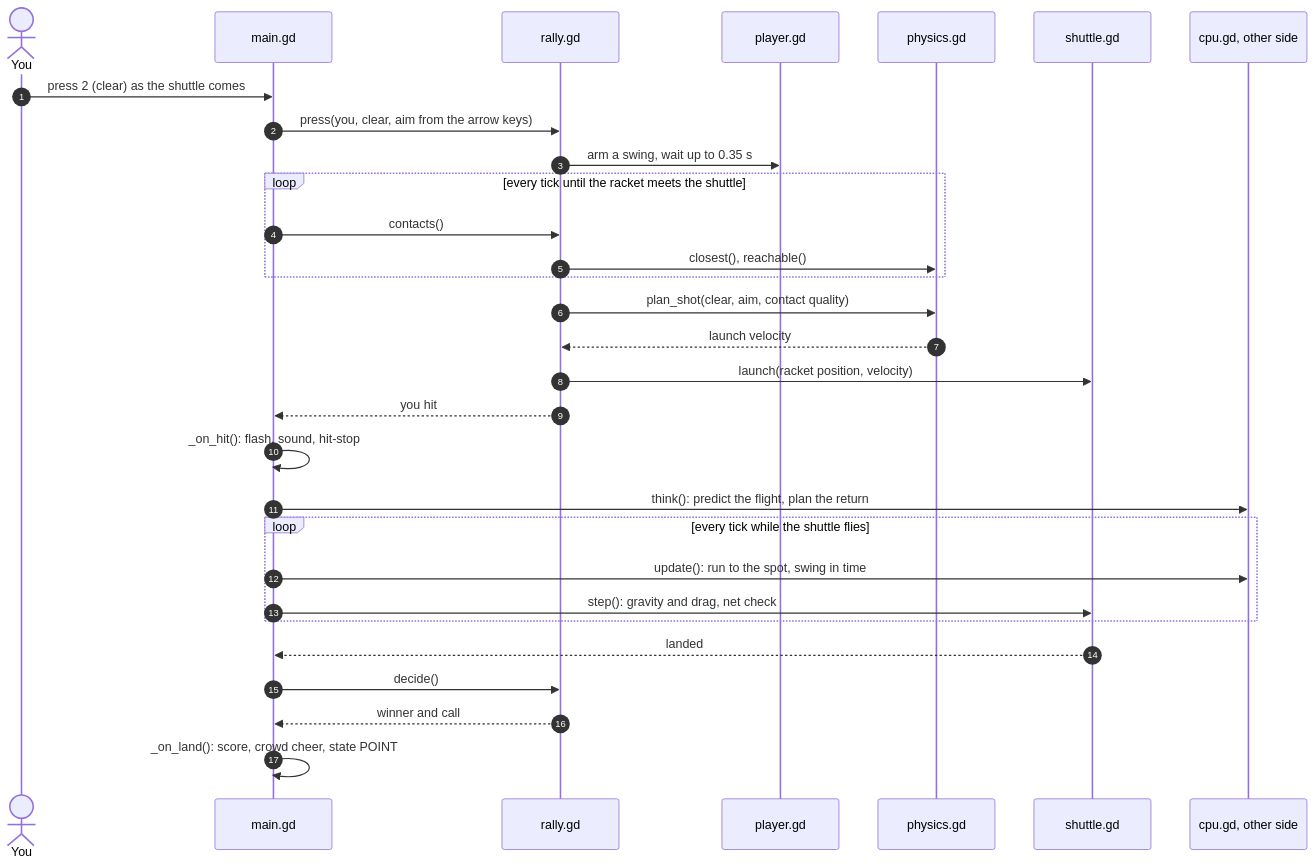
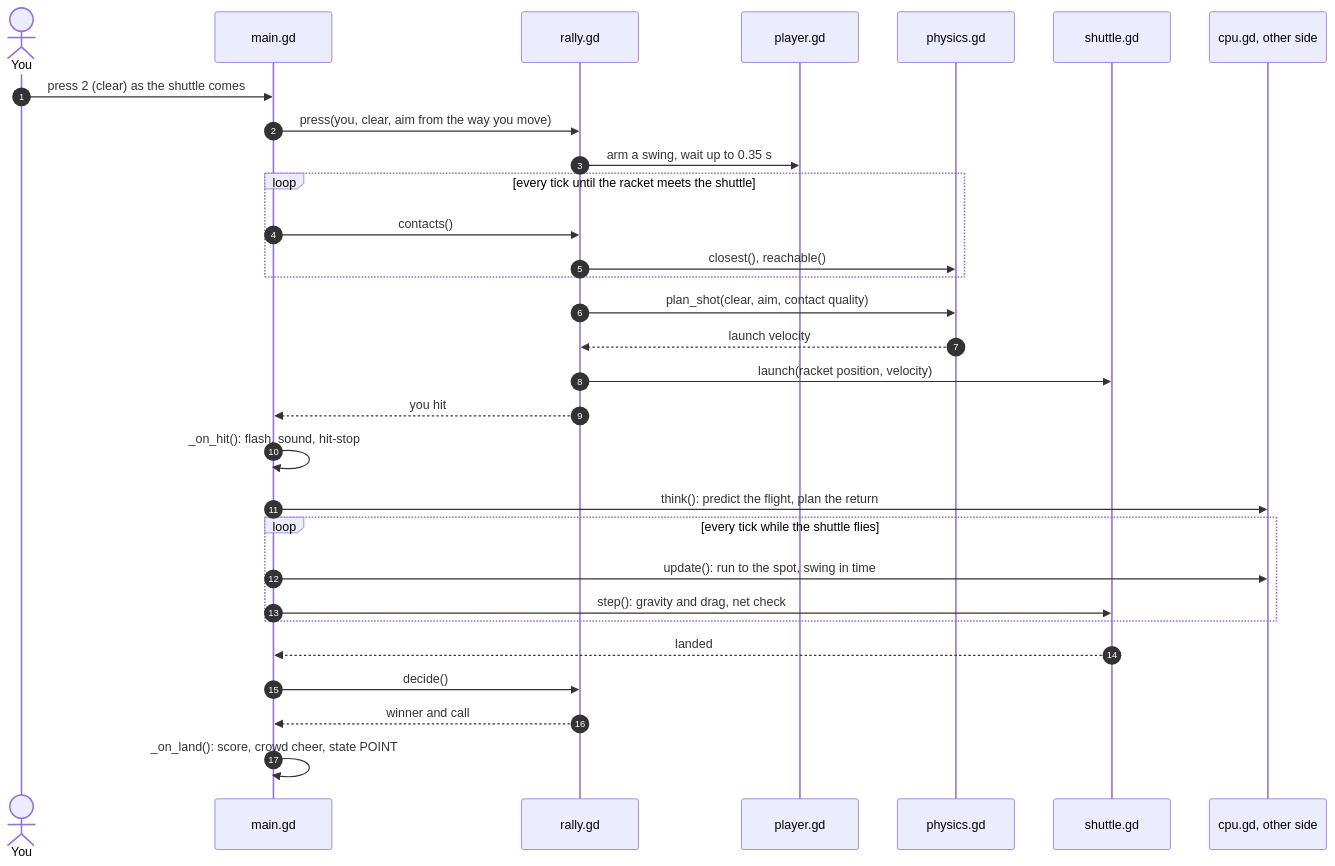
The fifth of 6 diagrams in ARCHITECTURE.md (totopoloco/badminton-game), drawn with Mermaid before and after one commit. The commit also changed other lines of this file and 2 other files, not shown here.

Commit message:
Move the player with the mouse

````diff
--- a/ARCHITECTURE.md
+++ b/ARCHITECTURE.md
@@ -207,33 +207,33 @@
 ```mermaid
 sequenceDiagram
     autonumber
     actor You
     participant Main as main.gd
     participant Rally as rally.gd
     participant Player as player.gd
     participant Physics as physics.gd
     participant Shuttle as shuttle.gd
     participant CPU as cpu.gd, other side
 
     You->>Main: press 2 (clear) as the shuttle comes
-    Main->>Rally: press(you, clear, aim from the arrow keys)
+    Main->>Rally: press(you, clear, aim from the way you move)
     Rally->>Player: arm a swing, wait up to 0.35 s
     loop every tick until the racket meets the shuttle
         Main->>Rally: contacts()
         Rally->>Physics: closest(), reachable()
     end
     Rally->>Physics: plan_shot(clear, aim, contact quality)
     Physics-->>Rally: launch velocity
     Rally->>Shuttle: launch(racket position, velocity)
     Rally-->>Main: you hit
     Main->>Main: _on_hit(): flash, sound, hit-stop
     Main->>CPU: think(): predict the flight, plan the return
     loop every tick while the shuttle flies
         Main->>CPU: update(): run to the spot, swing in time
         Main->>Shuttle: step(): gravity and drag, net check
     end
     Shuttle-->>Main: landed
     Main->>Rally: decide()
     Rally-->>Main: winner and call
     Main->>Main: _on_land(): score, crowd cheer, state POINT
 ```
````
